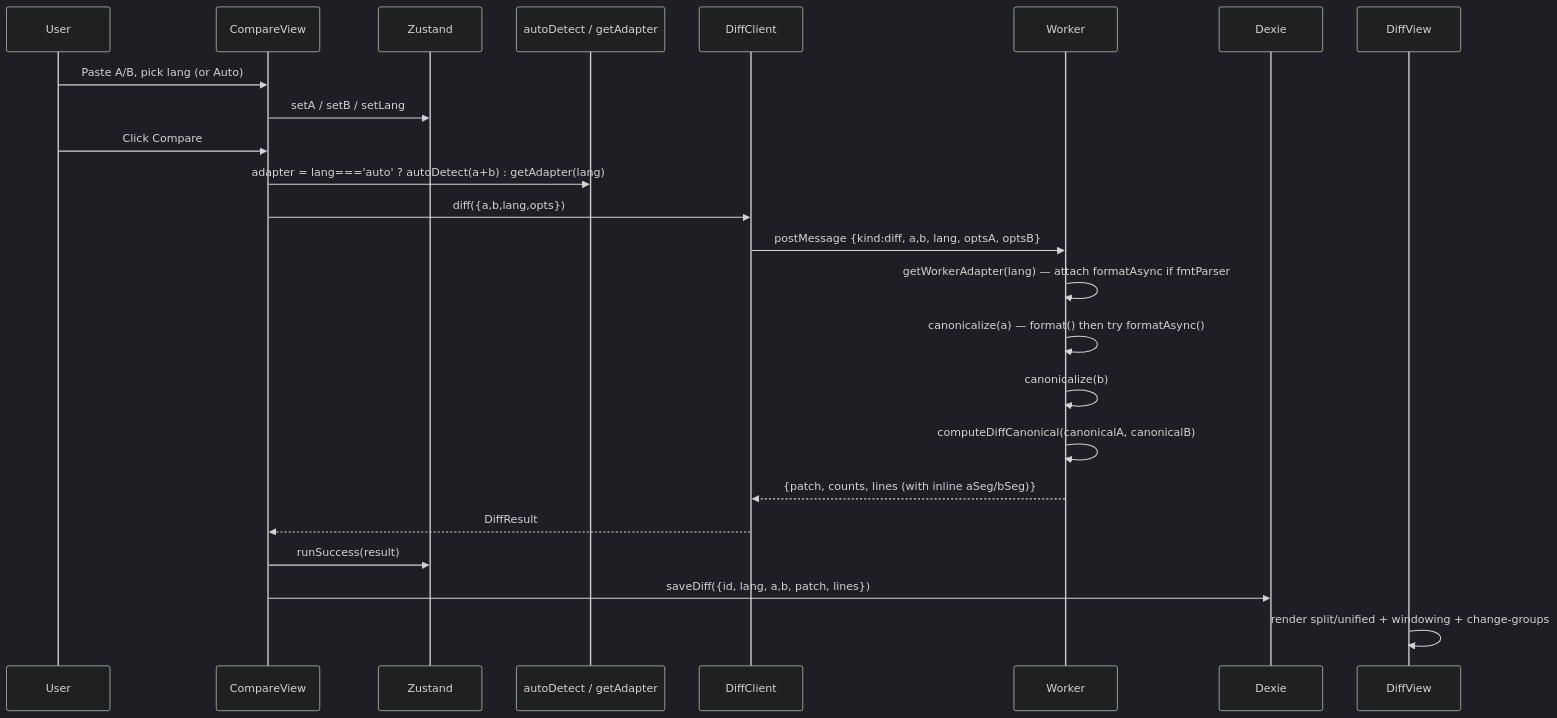
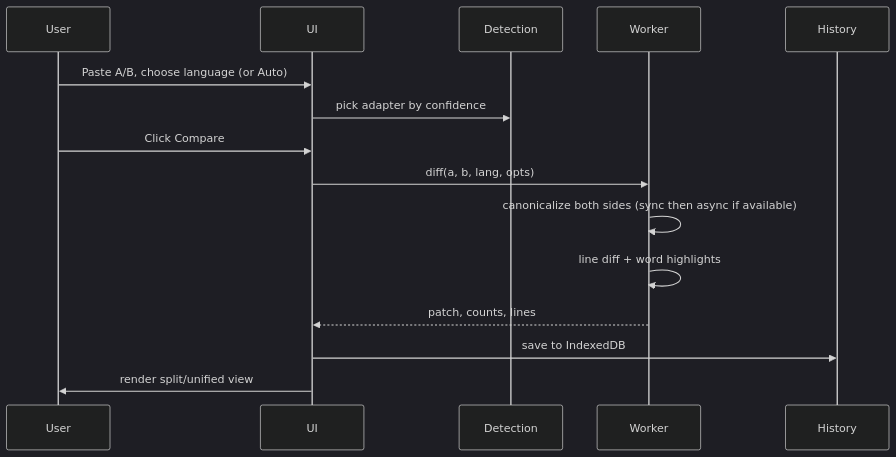
The third of 5 diagrams in docs/ENGINEERING_SPEC.md (dimasbaguspm/syntaxdiff), drawn with Mermaid (dark theme) before and after one commit. The commit also changed other lines of this file, not shown here.

Commit message:
docs: restructure engineering spec to purpose/problem/solution flow

````diff
--- a/docs/ENGINEERING_SPEC.md
+++ b/docs/ENGINEERING_SPEC.md
@@ -154,27 +65,18 @@
 ```mermaid
 sequenceDiagram
-  participant U as User
-  participant CV as CompareView
-  participant Store as Zustand
-  participant Det as autoDetect / getAdapter
-  participant Client as DiffClient
-  participant W as Worker
-  participant DB as Dexie
-  participant DV as DiffView
+  participant User
+  participant UI
+  participant Det as Detection
+  participant Worker
+  participant History
 
-  U->>CV: Paste A/B, pick lang (or Auto)
-  CV->>Store: setA / setB / setLang
-  U->>CV: Click Compare
-  CV->>Det: adapter = lang==='auto' ? autoDetect(a+b) : getAdapter(lang)
-  CV->>Client: diff({a,b,lang,opts})
-  Client->>W: postMessage {kind:diff, a,b, lang, optsA, optsB}
-  W->>W: getWorkerAdapter(lang) — attach formatAsync if fmtParser
-  W->>W: canonicalize(a) — format() then try formatAsync()
-  W->>W: canonicalize(b)
-  W->>W: computeDiffCanonical(canonicalA, canonicalB)
-  W-->>Client: {patch, counts, lines (with inline aSeg/bSeg)}
-  Client-->>CV: DiffResult
-  CV->>Store: runSuccess(result)
-  CV->>DB: saveDiff({id, lang, a,b, patch, lines})
-  DV->>DV: render split/unified + windowing + change-groups
+  User->>UI: Paste A/B, choose language (or Auto)
+  UI->>Det: pick adapter by confidence
+  User->>UI: Click Compare
+  UI->>Worker: diff(a, b, lang, opts)
+  Worker->>Worker: canonicalize both sides (sync then async if available)
+  Worker->>Worker: line diff + word highlights
+  Worker-->>UI: patch, counts, lines
+  UI->>History: save to IndexedDB
+  UI->>User: render split/unified view
 ```
````
